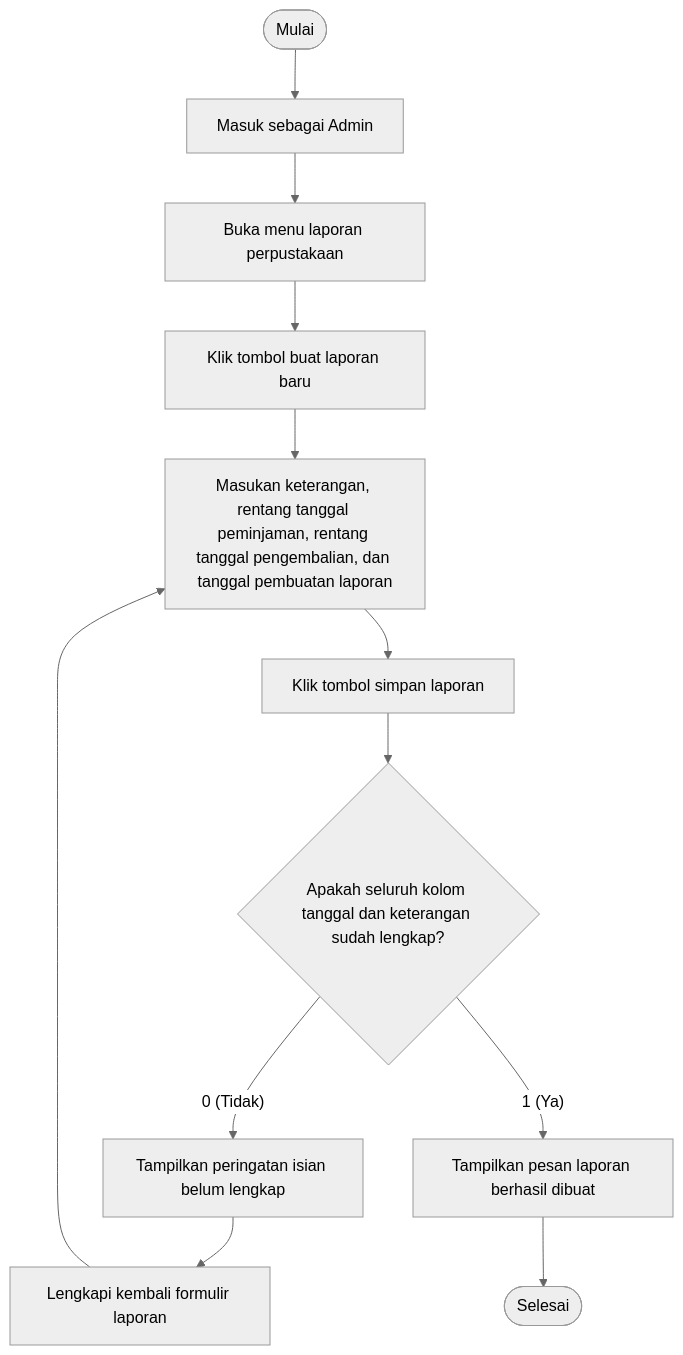
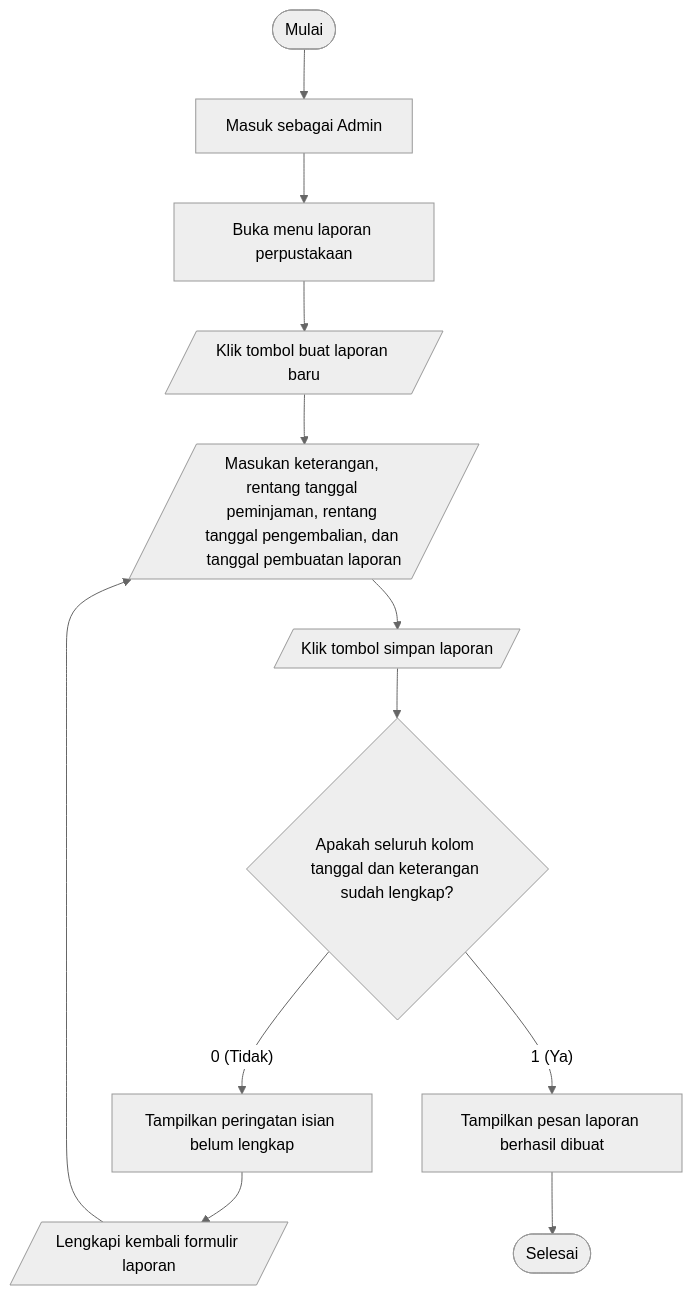
One commit to dimstyle/ruang-baca changed the diagram in docs/uml/src/diagrams/list-diagrams/flowchart-createlaporan.mmd. Above: the diagram before and after it, drawn with Mermaid (neutral theme). The commit also changed 78 other files, not shown here.

Commit message:
docs(uml): use parallelogram shape for input and button actions in flowchart and activity diagrams

```diff
--- a/docs/uml/src/diagrams/list-diagrams/flowchart-createlaporan.mmd
+++ b/docs/uml/src/diagrams/list-diagrams/flowchart-createlaporan.mmd
@@ -1,12 +1,12 @@
 flowchart TD
     start(["Mulai"]) --> loginAdmin["Masuk sebagai Admin"]
     loginAdmin --> openMenu["Buka menu laporan perpustakaan"]
-    openMenu --> clickNew["Klik tombol buat laporan baru"]
-    clickNew --> inputForm["Masukan keterangan, rentang tanggal peminjaman, rentang tanggal pengembalian, dan tanggal pembuatan laporan"]
-    inputForm --> clickSave["Klik tombol simpan laporan"]
+    openMenu --> clickNew[/"Klik tombol buat laporan baru"/]
+    clickNew --> inputForm[/"Masukan keterangan, rentang tanggal peminjaman, rentang tanggal pengembalian, dan tanggal pembuatan laporan"/]
+    inputForm --> clickSave[/"Klik tombol simpan laporan"/]
     clickSave --> checkComplete{"Apakah seluruh kolom tanggal dan keterangan sudah lengkap?"}
     checkComplete -->|"0 (Tidak)"| warnIncomplete["Tampilkan peringatan isian belum lengkap"]
-    warnIncomplete --> fixForm["Lengkapi kembali formulir laporan"]
+    warnIncomplete --> fixForm[/"Lengkapi kembali formulir laporan"/]
     fixForm --> inputForm
     checkComplete -->|"1 (Ya)"| created["Tampilkan pesan laporan berhasil dibuat"]
     created --> finish(["Selesai"])
```
